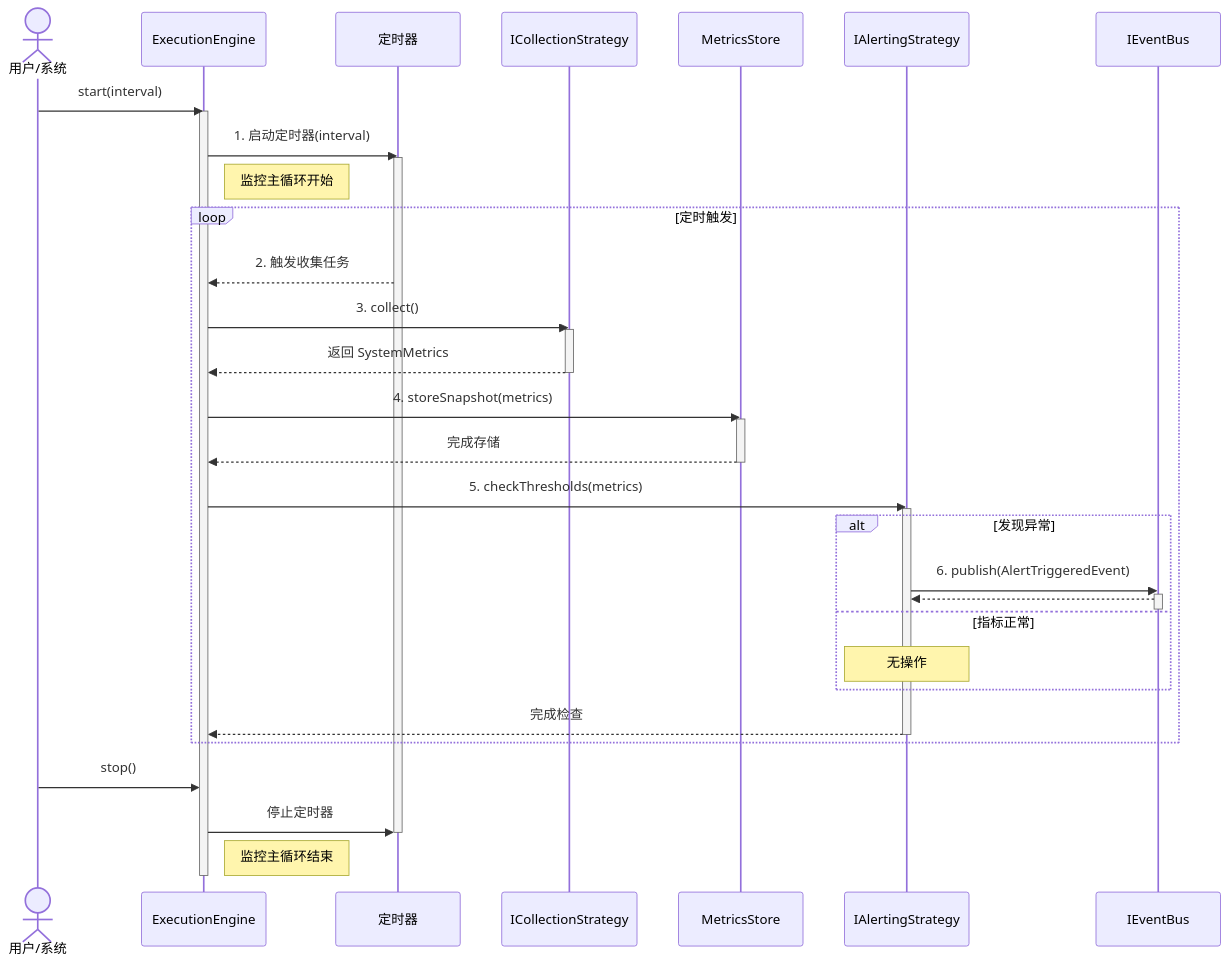
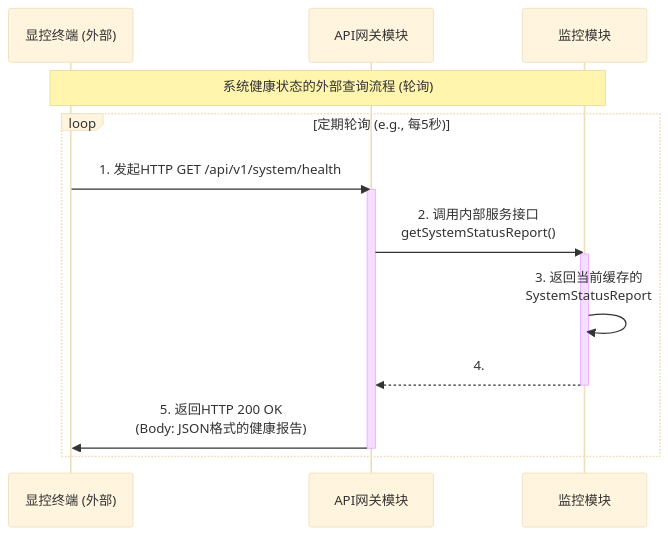
Before and after one commit to wendizhou99-cell/Radar: the fourth of 8 diagrams in docs/01_项目设计/02_模块设计/08_监控服务设计.md, drawn with Mermaid. The commit also changed other lines of this file and 26 other files, not shown here.

First line of the commit message:
docs: 完成数据架构文档系列重构和Mermaid可视化指南增强

````diff
--- a/docs/01_项目设计/02_模块设计/08_监控服务设计.md
+++ b/docs/01_项目设计/02_模块设计/08_监控服务设计.md
@@ -277,48 +233,27 @@
-```mermaid
-sequenceDiagram
-    actor User as 用户/系统
-    participant Engine as ExecutionEngine
-    participant Timer as 定时器
-    participant Collector as ICollectionStrategy
-    participant Store as MetricsStore
-    participant Alerter as IAlertingStrategy
-    participant EventBus as IEventBus
+    ```mermaid
+    ---
+      config:
+        theme: base
+        flowchart:
+          curve: basis
+    ---
+    sequenceDiagram
+        participant ClientApp as 显控终端 (外部)
+        participant ApiGateway as API网关模块
+        participant MonitorModule as 监控模块
 
-    User->>Engine: start(interval)
-    activate Engine
-    Engine->>Timer: 1. 启动定时器(interval)
-    activate Timer
-    Note right of Engine: 监控主循环开始
+        Note over ClientApp, MonitorModule: 系统健康状态的外部查询流程 (轮询)
 
-    loop 定时触发
-        Timer-->>Engine: 2. 触发收集任务
-        Engine->>Collector: 3. collect()
-        activate Collector
-        Collector-->>Engine: 返回 SystemMetrics
-        deactivate Collector
+        loop 定期轮询 (e.g., 每5秒)
+            ClientApp->>ApiGateway: 1. 发起HTTP GET /api/v1/system/health
+            activate ApiGateway
+            ApiGateway->>MonitorModule: 2. 调用内部服务接口<br/>getSystemStatusReport()
+            activate MonitorModule
+            MonitorModule->>MonitorModule: 3. 返回当前缓存的<br/>SystemStatusReport
+            MonitorModule-->>ApiGateway: 4.
+            deactivate MonitorModule
+            ApiGateway->>ClientApp: 5. 返回HTTP 200 OK<br/>(Body: JSON格式的健康报告)
+            deactivate ApiGateway
+        end
 
-        Engine->>Store: 4. storeSnapshot(metrics)
-        activate Store
-        Store-->>Engine: 完成存储
-        deactivate Store
-
-        Engine->>Alerter: 5. checkThresholds(metrics)
-        activate Alerter
-        alt 发现异常
-            Alerter->>EventBus: 6. publish(AlertTriggeredEvent)
-            activate EventBus
-            EventBus-->>Alerter:
-            deactivate EventBus
-        else 指标正常
-            Note over Alerter: 无操作
-        end
-        Alerter-->>Engine: 完成检查
-        deactivate Alerter
-    end
-
-    User->>Engine: stop()
-    Engine->>Timer: 停止定时器
-    deactivate Timer
-    Note right of Engine: 监控主循环结束
-    deactivate Engine
-```
+    ```
````
